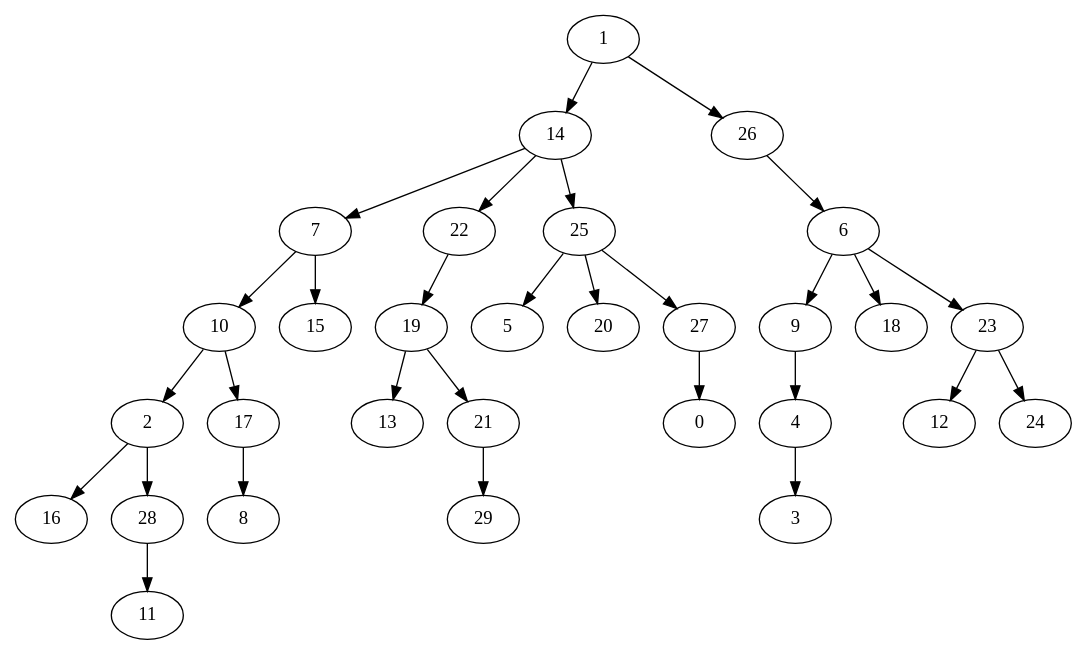
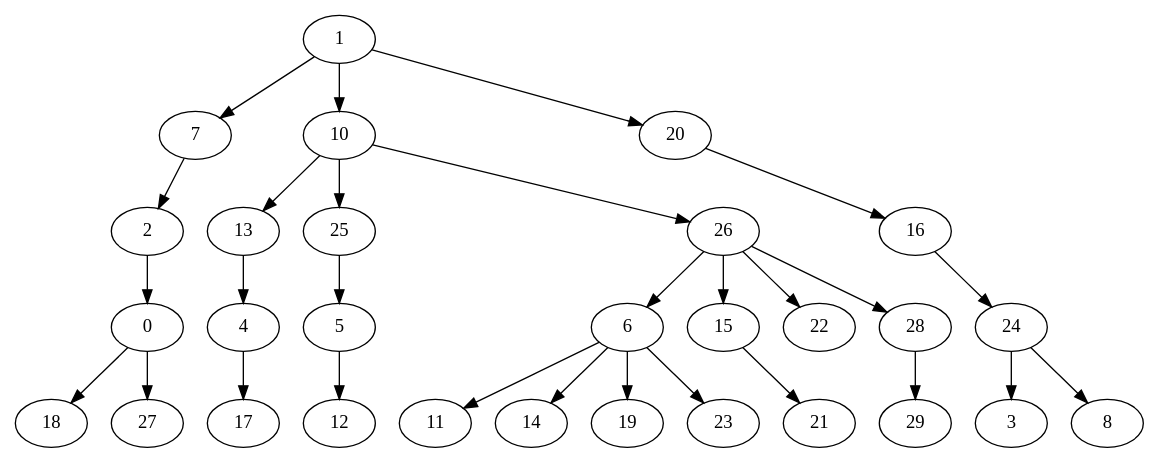
One commit to GusRojas/Grafos2DAA_A24 changed the diagram in arbol_bfs_geo30.gv. Above: the diagram before and after it, drawn with Graphviz. The commit also changed 41 other files, not shown here.

```diff
--- a/arbol_bfs_geo30.gv
+++ b/arbol_bfs_geo30.gv
@@ -1,31 +1,30 @@
 digraph {
-  1 -> 14;
-  1 -> 26;
-  14 -> 7;
-  14 -> 22;
-  14 -> 25;
+  1 -> 7;
+  1 -> 10;
+  1 -> 20;
+  7 -> 2;
+  10 -> 13;
+  10 -> 25;
+  10 -> 26;
+  20 -> 16;
+  2 -> 0;
+  13 -> 4;
+  25 -> 5;
   26 -> 6;
-  7 -> 10;
-  7 -> 15;
-  22 -> 19;
-  25 -> 5;
-  25 -> 20;
-  25 -> 27;
-  6 -> 9;
-  6 -> 18;
+  26 -> 15;
+  26 -> 22;
+  26 -> 28;
+  16 -> 24;
+  0 -> 18;
+  0 -> 27;
+  4 -> 17;
+  5 -> 12;
+  6 -> 11;
+  6 -> 14;
+  6 -> 19;
   6 -> 23;
-  10 -> 2;
-  10 -> 17;
-  19 -> 13;
-  19 -> 21;
-  27 -> 0;
-  9 -> 4;
-  23 -> 12;
-  23 -> 24;
-  2 -> 16;
-  2 -> 28;
-  17 -> 8;
-  21 -> 29;
-  4 -> 3;
-  28 -> 11;
+  15 -> 21;
+  28 -> 29;
+  24 -> 3;
+  24 -> 8;
 }
```
